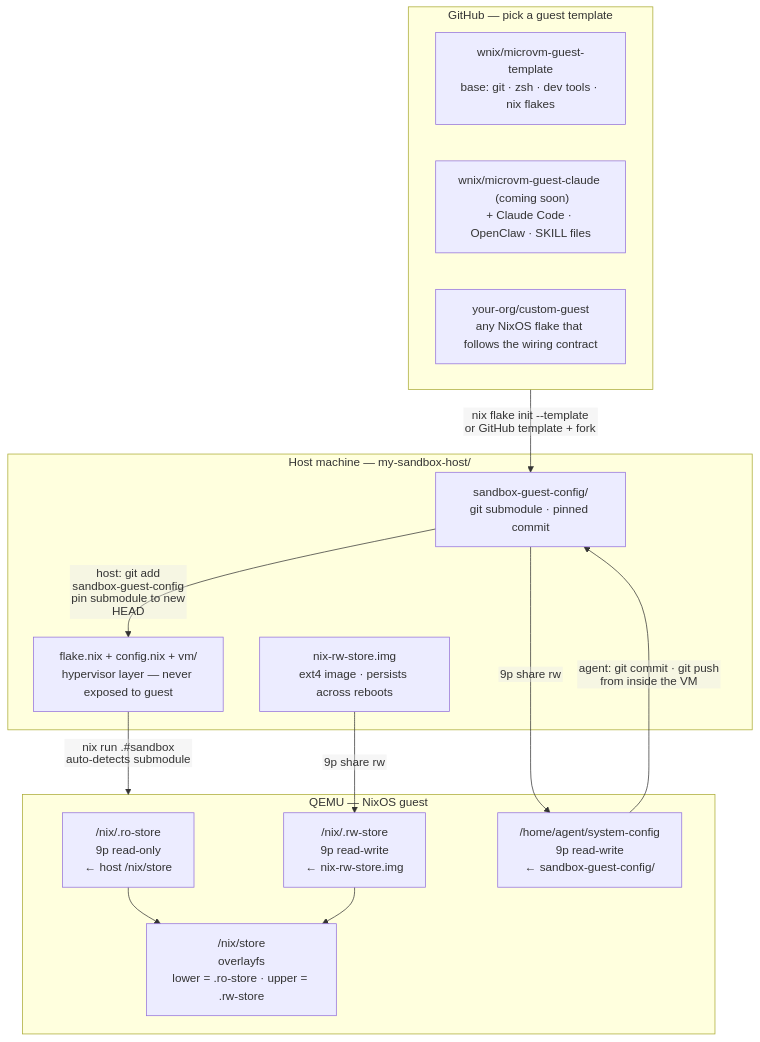
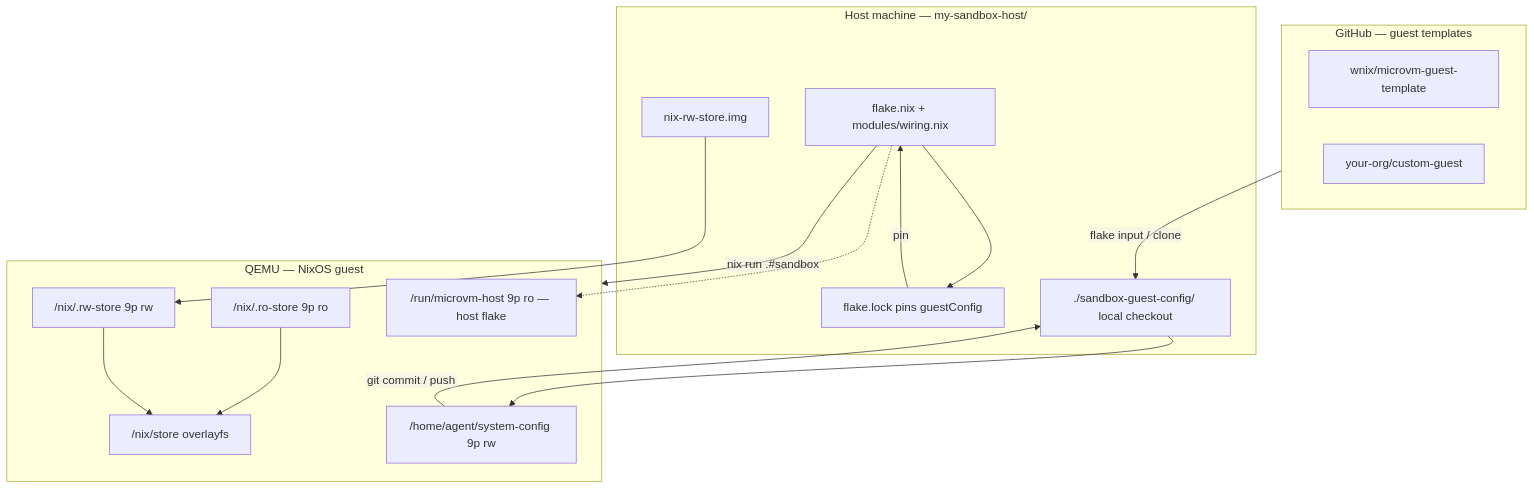
The diagram in README.md (wnix/microvm-host-sandbox), drawn with Mermaid before and after one commit. The commit also changed other lines of this file and 9 other files, not shown here.

````diff
--- a/README.md
+++ b/README.md
@@ -130,33 +145,36 @@
 ```mermaid
 %%{init: {"flowchart": {"htmlLabels": false}} }%%
 flowchart TD
-    subgraph GH["GitHub — pick a guest template"]
-        GT0["wnix/microvm-guest-template\nbase: git · zsh · dev tools · nix flakes"]
-        GT1["wnix/microvm-guest-claude  (coming soon)\n+ Claude Code · OpenClaw · SKILL files"]
-        GTN["your-org/custom-guest\nany NixOS flake that follows the wiring contract"]
+    subgraph GH["GitHub — guest templates"]
+        GT0["wnix/microvm-guest-template"]
+        GTN["your-org/custom-guest"]
     end
 
-    subgraph Local["Host machine  —  my-sandbox-host/"]
-        FLAKE["flake.nix + config.nix + vm/\nhypervisor layer — never exposed to guest"]
-        SUB["sandbox-guest-config/\ngit submodule · pinned commit"]
-        IMG["nix-rw-store.img\next4 image · persists across reboots"]
+    subgraph Local["Host machine — my-sandbox-host/"]
+        FLAKE["flake.nix + modules/wiring.nix"]
+        LOCK["flake.lock pins guestConfig"]
+        DIR["./sandbox-guest-config/ local checkout"]
+        IMG["nix-rw-store.img"]
     end
 
-    GH -->|"nix flake init --template\nor GitHub template + fork"| SUB
-    FLAKE -->|"nix run .#sandbox\nauto-detects submodule"| VM
+    GH -->|"flake input / clone"| DIR
+    FLAKE --> LOCK
+    FLAKE -->|"nix run .#sandbox"| VM
 
-    subgraph VM["QEMU  —  NixOS guest"]
-        RO["/nix/.ro-store\n9p read-only\n← host /nix/store"]
-        RW["/nix/.rw-store\n9p read-write\n← nix-rw-store.img"]
-        OV["/nix/store\noverlayfs\nlower = .ro-store · upper = .rw-store"]
-        SC["/home/agent/system-config\n9p read-write\n← sandbox-guest-config/"]
+    subgraph VM["QEMU — NixOS guest"]
+        RO["/nix/.ro-store 9p ro"]
+        RW["/nix/.rw-store 9p rw"]
+        OV["/nix/store overlayfs"]
+        SC["/home/agent/system-config 9p rw"]
+        HF["/run/microvm-host 9p ro — host flake"]
         RO --> OV
         RW --> OV
     end
 
-    IMG -->|"9p share  rw"| RW
-    SUB -->|"9p share  rw"| SC
+    IMG --> RW
+    DIR --> SC
+    FLAKE -.-> HF
 
-    SC -->|"agent: git commit · git push\nfrom inside the VM"| SUB
-    SUB -->|"host: git add sandbox-guest-config\npin submodule to new HEAD"| FLAKE
+    SC -->|"git commit / push"| DIR
+    LOCK -->|"pin"| FLAKE
 ```
````
